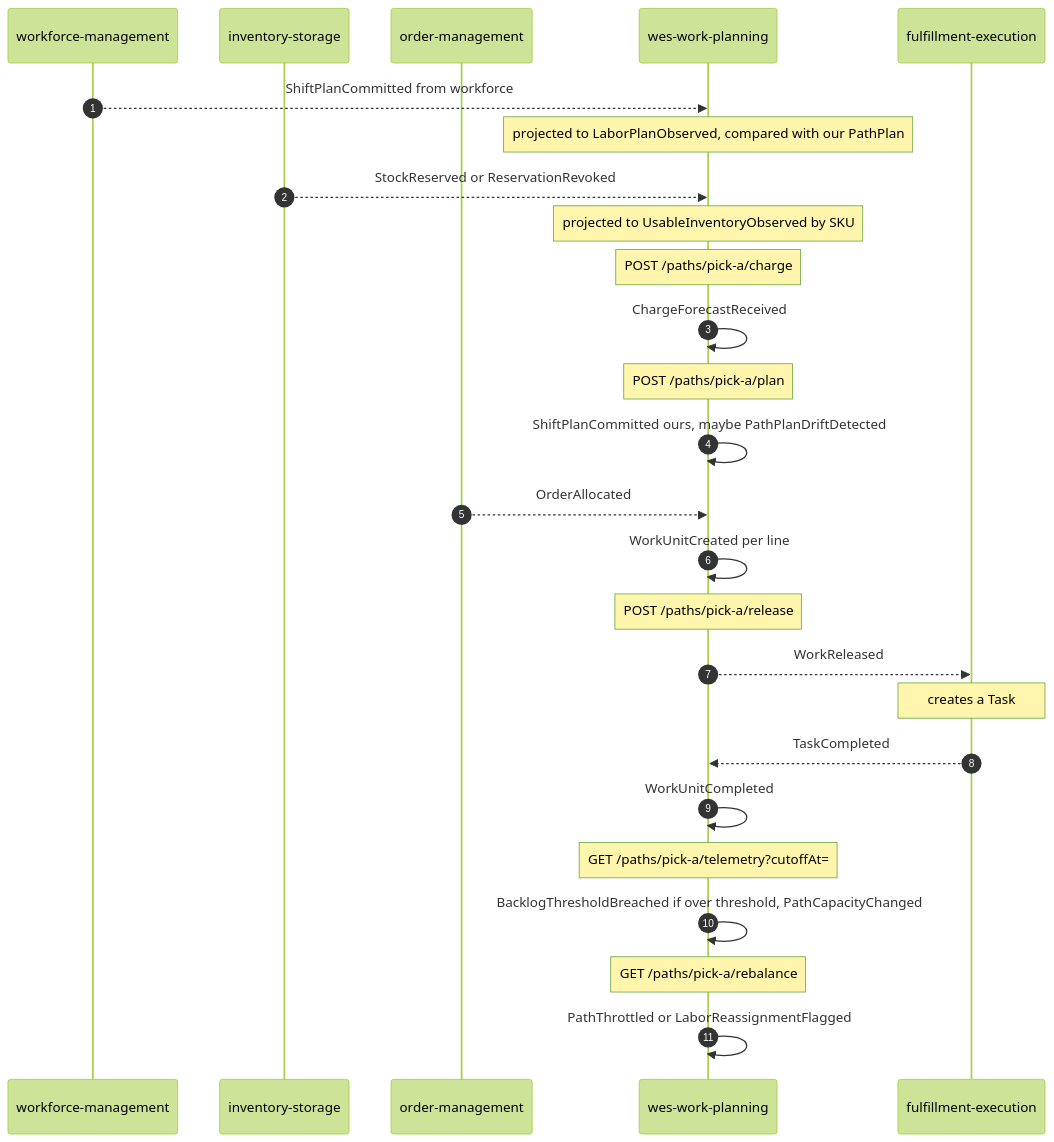
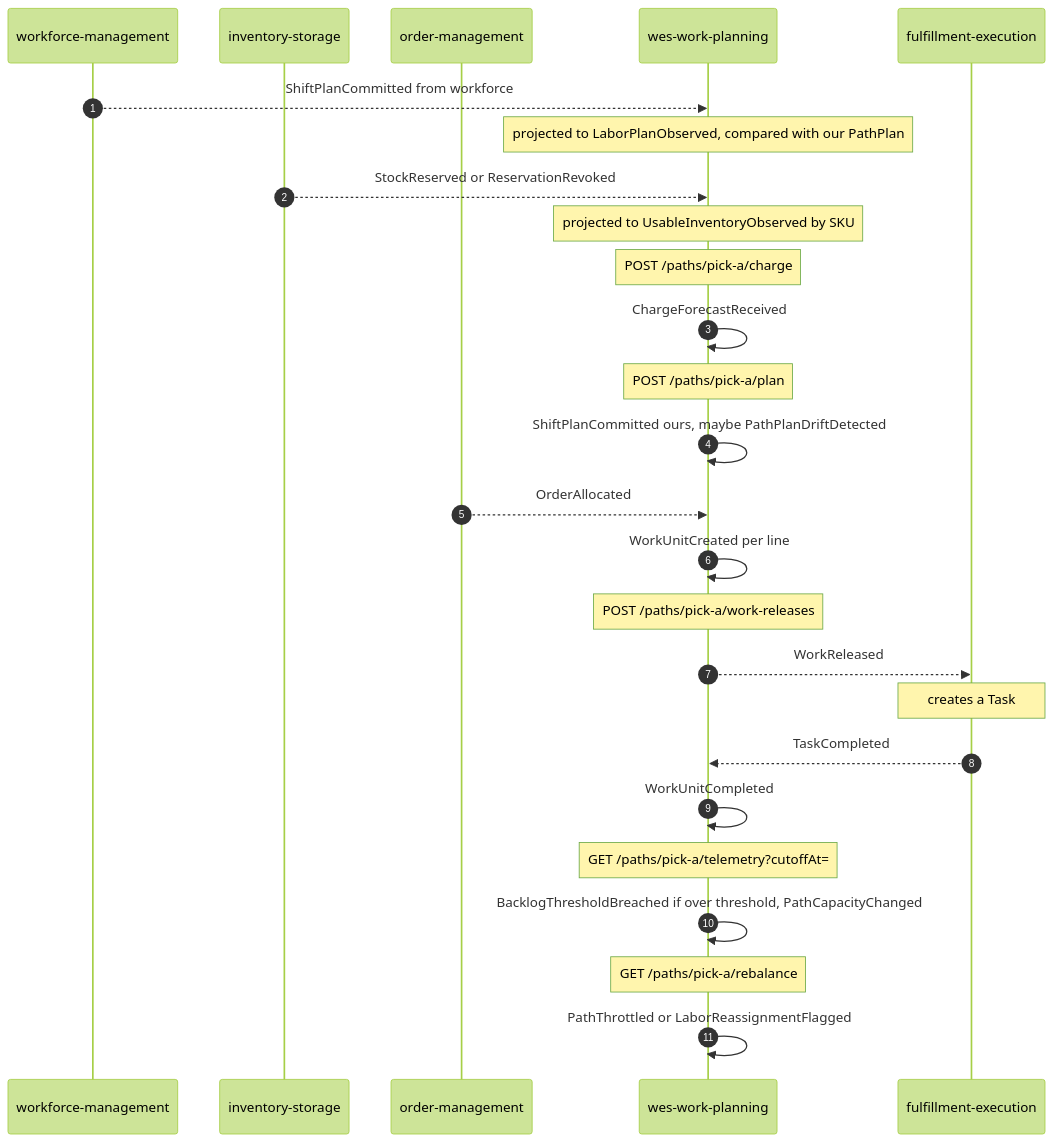
The diagram in docs/docs/ddd/domain-events.md (IQVO/wes-work-planning), drawn with Mermaid (forest theme) before and after one commit. The commit also changed 29 other files, not shown here.

````diff
--- a/docs/docs/ddd/domain-events.md
+++ b/docs/docs/ddd/domain-events.md
@@ -95,29 +95,29 @@
 ```mermaid
 sequenceDiagram
     autonumber
     participant WM as workforce-management
     participant INV as inventory-storage
     participant OM as order-management
     participant WES as wes-work-planning
     participant FE as fulfillment-execution
 
     WM-->>WES: ShiftPlanCommitted from workforce
     Note over WES: projected to LaborPlanObserved, compared with our PathPlan
     INV-->>WES: StockReserved or ReservationRevoked
     Note over WES: projected to UsableInventoryObserved by SKU
     Note over WES: POST /paths/pick-a/charge
     WES->>WES: ChargeForecastReceived
     Note over WES: POST /paths/pick-a/plan
     WES->>WES: ShiftPlanCommitted ours, maybe PathPlanDriftDetected
     OM-->>WES: OrderAllocated
     WES->>WES: WorkUnitCreated per line
-    Note over WES: POST /paths/pick-a/release
+    Note over WES: POST /paths/pick-a/work-releases
     WES-->>FE: WorkReleased
     Note over FE: creates a Task
     FE-->>WES: TaskCompleted
     WES->>WES: WorkUnitCompleted
     Note over WES: GET /paths/pick-a/telemetry?cutoffAt=
     WES->>WES: BacklogThresholdBreached if over threshold, PathCapacityChanged
     Note over WES: GET /paths/pick-a/rebalance
     WES->>WES: PathThrottled or LaborReassignmentFlagged
 ```
````
